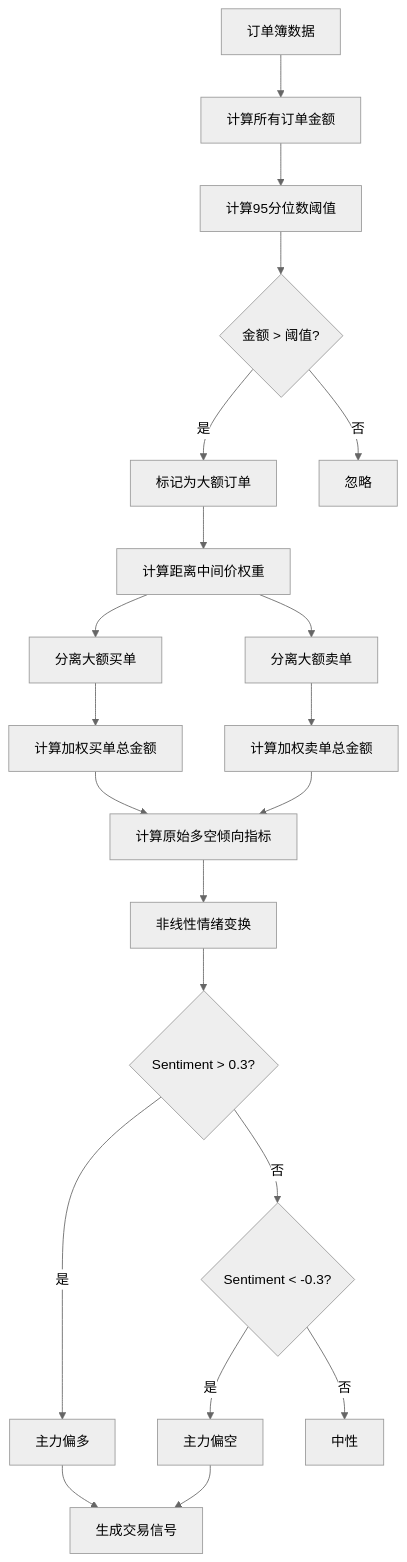
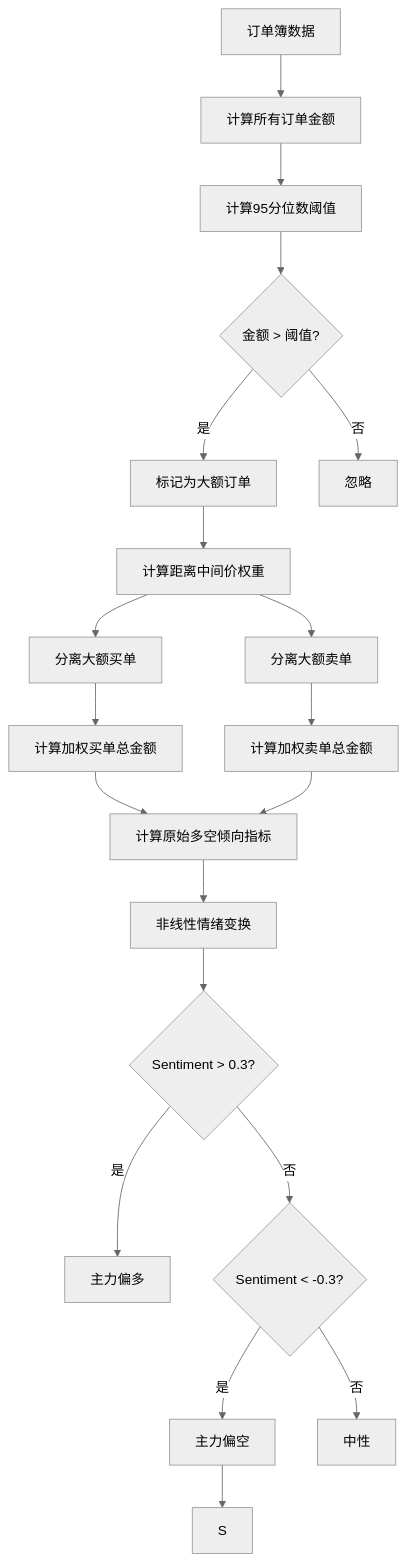
Before and after one commit to bidepideyipi/okex-books-buddy: the second of 5 diagrams in PRD.md, drawn with Mermaid (neutral theme). The commit also changed other lines of this file and 3 other files, not shown here.

````diff
--- a/PRD.md
+++ b/PRD.md
@@ -225,23 +229,23 @@
 ```mermaid
 graph TB
     A[订单簿数据] --> B[计算所有订单金额]
     B --> C[计算95分位数阈值]
     C --> D{金额 > 阈值?}
     D -->|是| E[标记为大额订单]
     D -->|否| F[忽略]
     E --> G[计算距离中间价权重]
     G --> H[分离大额买单]
     G --> I[分离大额卖单]
     H --> J[计算加权买单总金额]
     I --> K[计算加权卖单总金额]
     J --> L[计算原始多空倾向指标]
     K --> L
     L --> M[非线性情绪变换]
     M --> N{Sentiment > 0.3?}
     N -->|是| O[主力偏多]
     N -->|否| P{Sentiment < -0.3?}
     P -->|是| Q[主力偏空]
     P -->|否| R[中性]
-    O --> S[生成交易信号]
+
     Q --> S
 ```
````
